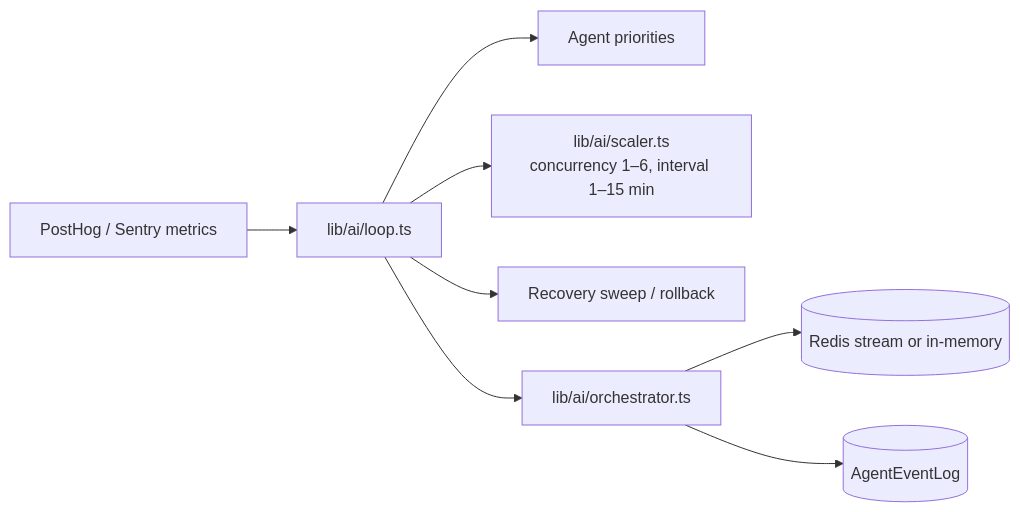
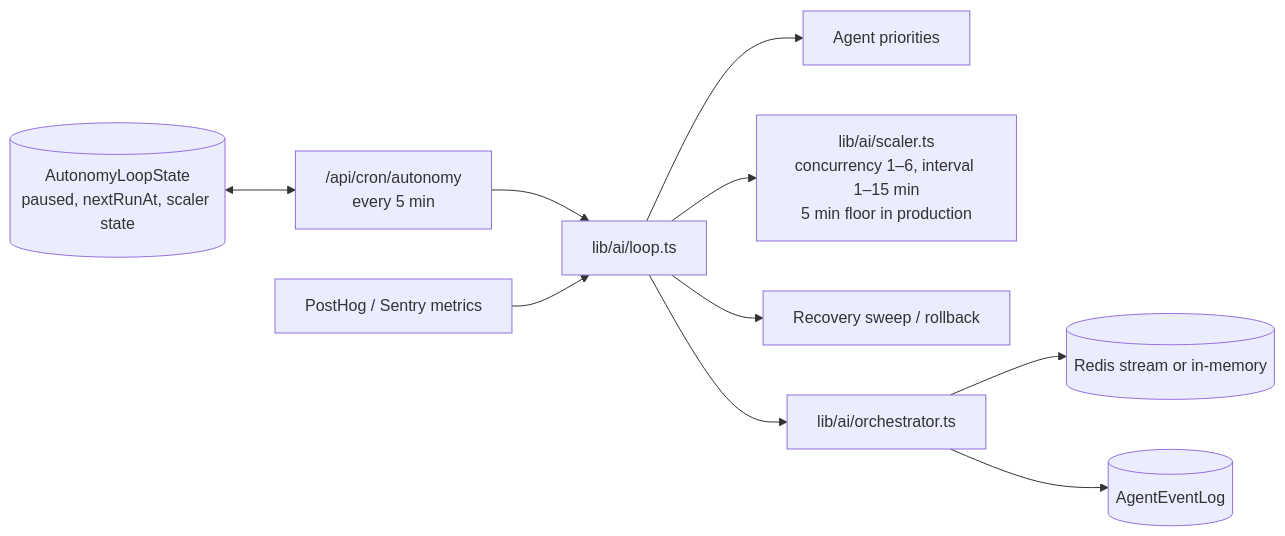
One commit to noah-isme/invosmart changed the fourth of 5 diagrams in docs/ARCHITECTURE.md. Above: the diagram before and after it, drawn with Mermaid. The commit also changed other lines of this file and 7 other files, not shown here.

First line of the commit message:
docs(ai): record cron scheduling of the autonomy loop in ADR 016

````diff
--- a/docs/ARCHITECTURE.md
+++ b/docs/ARCHITECTURE.md
@@ -177,10 +177,12 @@
 ```mermaid
 flowchart LR
-    Telemetry[PostHog / Sentry metrics] --> Loop[lib/ai/loop.ts]
+    Cron["/api/cron/autonomy<br/>every 5 min"] --> Loop[lib/ai/loop.ts]
+    Telemetry[PostHog / Sentry metrics] --> Loop
+    State[(AutonomyLoopState<br/>paused, nextRunAt, scaler state)] <--> Cron
     Loop --> Priority[Agent priorities]
-    Loop --> Scaler[lib/ai/scaler.ts<br/>concurrency 1–6, interval 1–15 min]
+    Loop --> Scaler[lib/ai/scaler.ts<br/>concurrency 1–6, interval 1–15 min<br/>5 min floor in production]
     Loop --> Recovery[Recovery sweep / rollback]
     Loop --> Orchestrator[lib/ai/orchestrator.ts]
     Orchestrator --> Stream[(Redis stream or in-memory)]
     Orchestrator --> EventLog[(AgentEventLog)]
 ```
````
